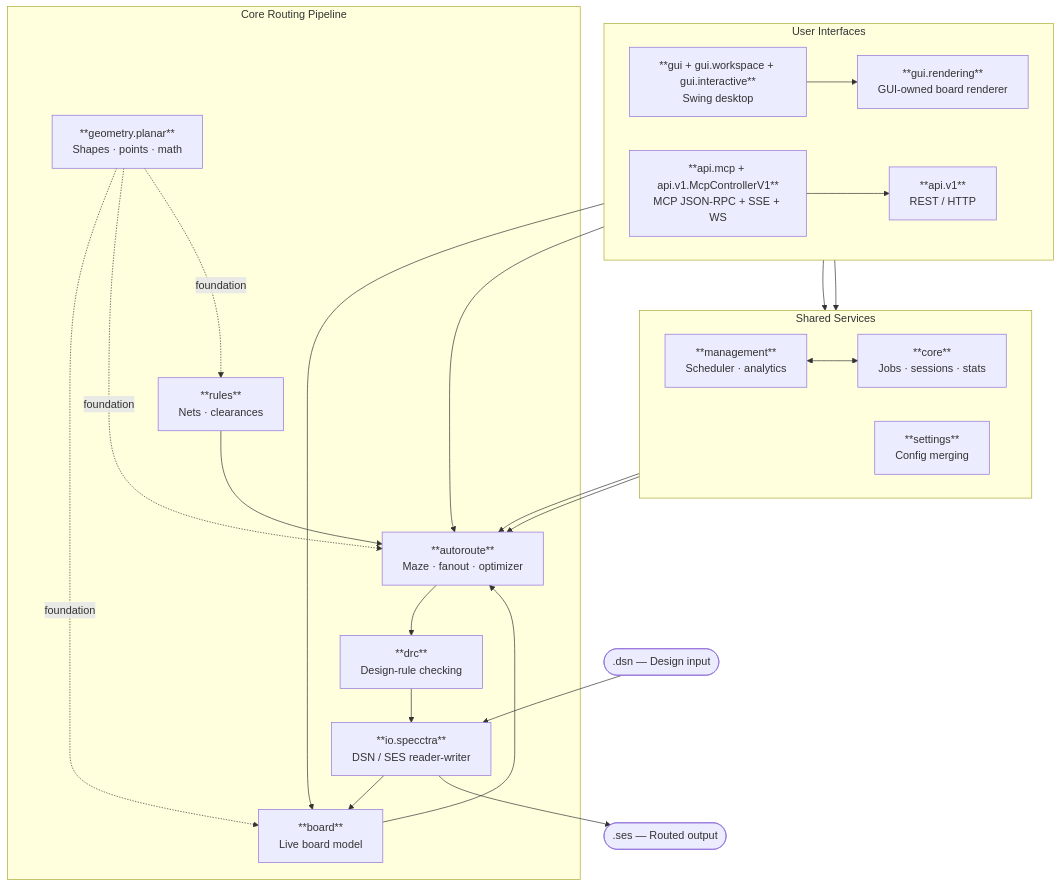
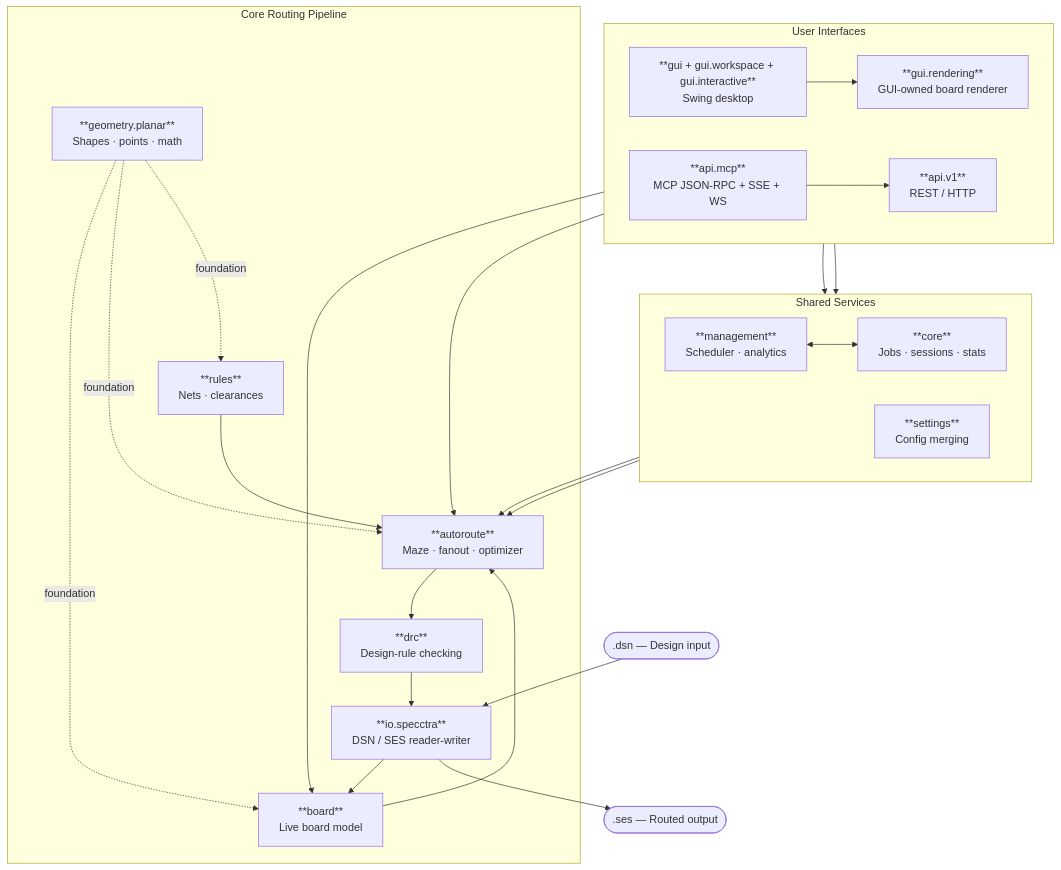
One commit to freerouting/freerouting changed the diagram in docs/architecture.md. Above: the diagram before and after it, drawn with Mermaid. The commit also changed other lines of this file and 15 other files, not shown here.

Commit message:
Complete Phase 3: Move KiCad DRC DTOs to io.kicad and McpController to api.mcp

````diff
--- a/docs/architecture.md
+++ b/docs/architecture.md
@@ -15,46 +15,46 @@
 ```mermaid
 flowchart TD
     DSN([".dsn — Design input"])
     SES([".ses — Routed output"])
 
     subgraph interfaces ["User Interfaces"]
         direction LR
         GUI["**gui + gui.workspace + gui.interactive**\nSwing desktop"]
         RENDER["**gui.rendering**\nGUI-owned board renderer"]
         API["**api.v1**\nREST / HTTP"]
-        MCP["**api.mcp + api.v1.McpControllerV1**\nMCP JSON-RPC + SSE + WS"]
+        MCP["**api.mcp**\nMCP JSON-RPC + SSE + WS"]
     end
 
     subgraph services ["Shared Services"]
         direction LR
         MGMT["**management**\nScheduler · analytics"]
         CORE["**core**\nJobs · sessions · stats"]
         CFG["**settings**\nConfig merging"]
     end
 
     subgraph pipeline ["Core Routing Pipeline"]
         IO["**io.specctra**\nDSN / SES reader-writer"]
         BOARD["**board**\nLive board model"]
         RULES["**rules**\nNets · clearances"]
         AR["**autoroute**\nMaze · fanout · optimizer"]
         DRC["**drc**\nDesign-rule checking"]
         GEO["**geometry.planar**\nShapes · points · math"]
     end
 
     DSN --> IO --> BOARD
     RULES --> AR
     BOARD --> AR
     AR --> DRC --> IO --> SES
     GEO -. foundation .-> BOARD
     GEO -. foundation .-> AR
     GEO -. foundation .-> RULES
 
     GUI --> MGMT
     GUI --> RENDER --> BOARD
     RENDER --> AR
     API --> MGMT
     MCP --> API
     MGMT <--> CORE
     CFG --> AR
     CORE --> AR
 ```
````
